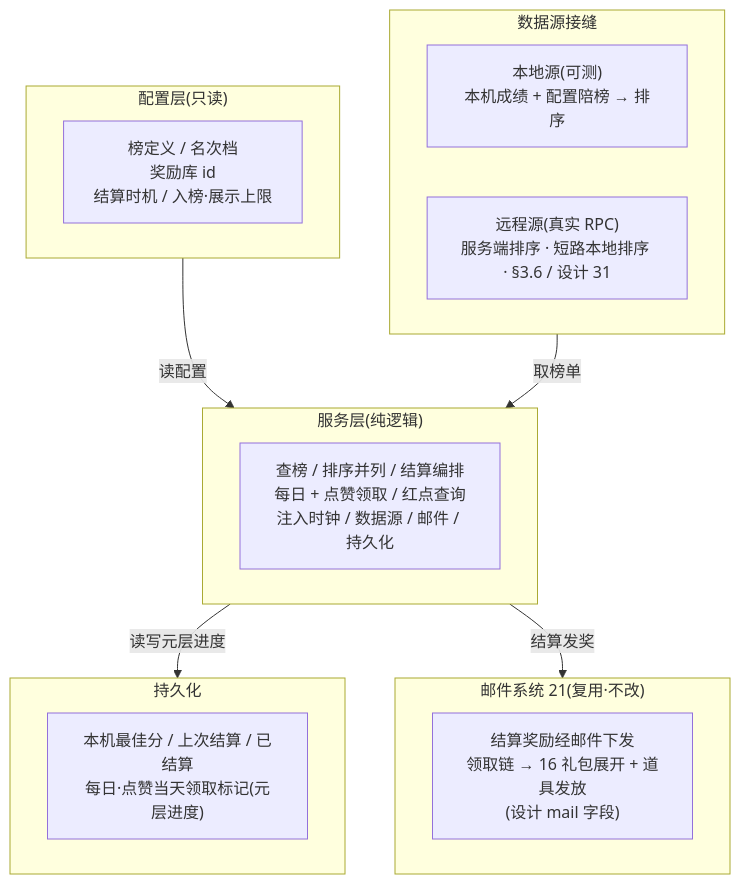
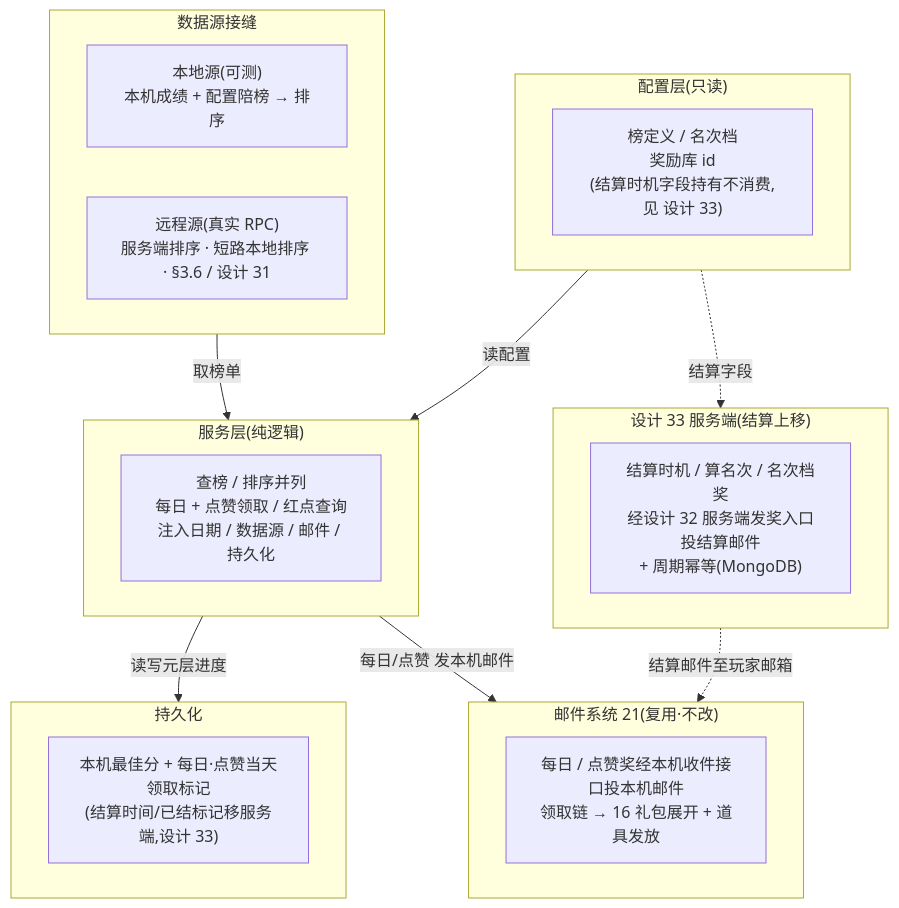
The first of 2 diagrams in UnityProject/design-docs/22-rank-system.md (zhoupeng921101/TEngine_zp), drawn with Mermaid before and after one commit. The commit also changed other lines of this file and 9 other files, not shown here.

````diff
--- a/UnityProject/design-docs/22-rank-system.md
+++ b/UnityProject/design-docs/22-rank-system.md
@@ -69,23 +69,28 @@
 ```mermaid
 flowchart TD
     subgraph cfg["配置层(只读)"]
-        c1["榜定义 / 名次档<br/>奖励库 id<br/>结算时机 / 入榜·展示上限"]
+        c1["榜定义 / 名次档<br/>奖励库 id<br/>(结算时机字段持有不消费,见 设计 33)"]
     end
     subgraph svc["服务层(纯逻辑)"]
-        s1["查榜 / 排序并列 / 结算编排<br/>每日 + 点赞领取 / 红点查询<br/>注入时钟 / 数据源 / 邮件 / 持久化"]
+        s1["查榜 / 排序并列<br/>每日 + 点赞领取 / 红点查询<br/>注入日期 / 数据源 / 邮件 / 持久化"]
     end
     subgraph src["数据源接缝"]
         d1["本地源(可测)<br/>本机成绩 + 配置陪榜 → 排序"]
         d2["远程源(真实 RPC)<br/>服务端排序 · 短路本地排序 · §3.6 / 设计 31"]
     end
     subgraph per["持久化"]
-        p1["本机最佳分 / 上次结算 / 已结算<br/>每日·点赞当天领取标记(元层进度)"]
+        p1["本机最佳分 + 每日·点赞当天领取标记<br/>(结算时间/已结标记移服务端,设计 33)"]
     end
     subgraph mail["邮件系统 21(复用·不改)"]
-        m1["结算奖励经邮件下发<br/>领取链 → 16 礼包展开 + 道具发放<br/>(设计 mail 字段)"]
+        m1["每日 / 点赞奖经本机收件接口投本机邮件<br/>领取链 → 16 礼包展开 + 道具发放"]
+    end
+    subgraph srv33["设计 33 服务端(结算上移)"]
+        s33["结算时机 / 算名次 / 名次档奖<br/>经设计 32 服务端发奖入口投结算邮件<br/>+ 周期幂等(MongoDB)"]
     end
     cfg -->|读配置| svc
     src -->|取榜单| svc
     svc -->|读写元层进度| per
-    svc -->|结算发奖| mail
+    svc -->|每日/点赞 发本机邮件| mail
+    cfg -.结算字段.-> srv33
+    srv33 -.结算邮件至玩家邮箱.-> mail
 ```
````
